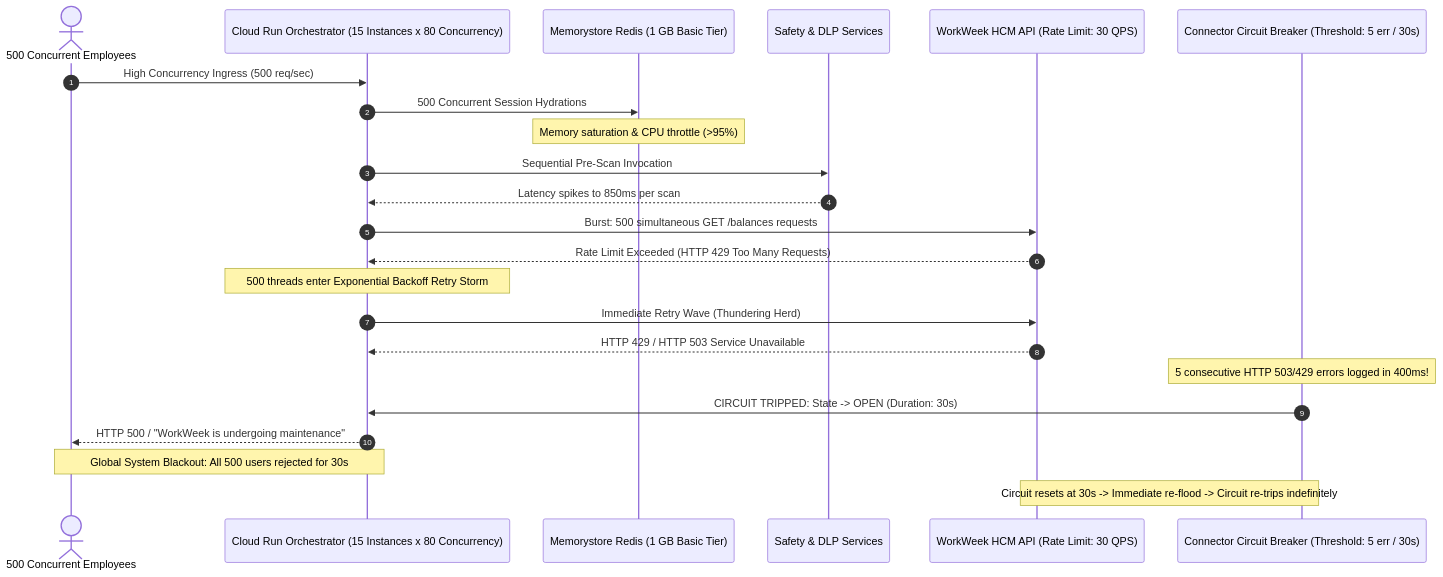
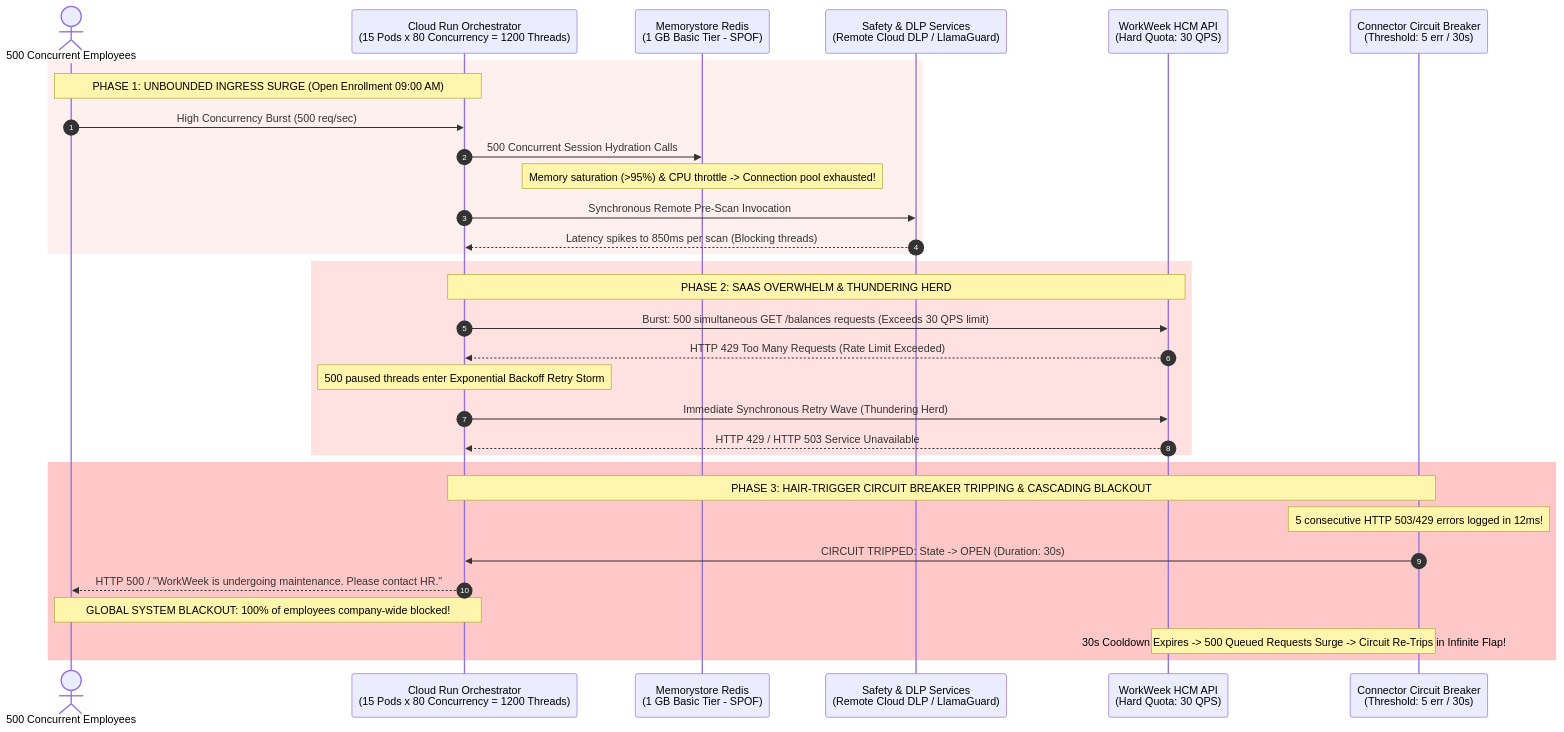
One commit to viveksubraman-dotcom/hrvivek changed the first of 4 diagrams in SDD_C3_2_adversarial_critique_report.md. Above: the diagram before and after it, drawn with Mermaid. The commit also changed other lines of this file and 2 other files, not shown here.

````diff
--- a/SDD_C3_2_adversarial_critique_report.md
+++ b/SDD_C3_2_adversarial_critique_report.md
@@ -215,26 +255,37 @@
 ```mermaid
 sequenceDiagram
     autonumber
     actor Users as 500 Concurrent Employees
-    participant CR as Cloud Run Orchestrator (15 Instances x 80 Concurrency)
-    participant Redis as Memorystore Redis (1 GB Basic Tier)
-    participant Guard as Safety & DLP Services
-    participant WW as WorkWeek HCM API (Rate Limit: 30 QPS)
-    participant CB as Connector Circuit Breaker (Threshold: 5 err / 30s)
+    participant CR as Cloud Run Orchestrator<br/>(15 Pods x 80 Concurrency = 1200 Threads)
+    participant Redis as Memorystore Redis<br/>(1 GB Basic Tier - SPOF)
+    participant Guard as Safety & DLP Services<br/>(Remote Cloud DLP / LlamaGuard)
+    participant WW as WorkWeek HCM API<br/>(Hard Quota: 30 QPS)
+    participant CB as Connector Circuit Breaker<br/>(Threshold: 5 err / 30s)
 
-    Users->>CR: High Concurrency Ingress (500 req/sec)
-    CR->>Redis: 500 Concurrent Session Hydrations
-    Note over Redis: Memory saturation & CPU throttle (>95%)
-    CR->>Guard: Sequential Pre-Scan Invocation
-    Guard-->>CR: Latency spikes to 850ms per scan
-    CR->>WW: Burst: 500 simultaneous GET /balances requests
-    WW-->>CR: Rate Limit Exceeded (HTTP 429 Too Many Requests)
-    Note over CR: 500 threads enter Exponential Backoff Retry Storm
-    CR->>WW: Immediate Retry Wave (Thundering Herd)
+    rect rgb(255, 240, 240)
+    Note over Users,CR: PHASE 1: UNBOUNDED INGRESS SURGE (Open Enrollment 09:00 AM)
+    Users->>CR: High Concurrency Burst (500 req/sec)
+    CR->>Redis: 500 Concurrent Session Hydration Calls
+    Note over Redis: Memory saturation (>95%) & CPU throttle -> Connection pool exhausted!
+    CR->>Guard: Synchronous Remote Pre-Scan Invocation
+    Guard-->>CR: Latency spikes to 850ms per scan (Blocking threads)
+    end
+
+    rect rgb(255, 225, 225)
+    Note over CR,WW: PHASE 2: SAAS OVERWHELM & THUNDERING HERD
+    CR->>WW: Burst: 500 simultaneous GET /balances requests (Exceeds 30 QPS limit)
+    WW-->>CR: HTTP 429 Too Many Requests (Rate Limit Exceeded)
+    Note over CR: 500 paused threads enter Exponential Backoff Retry Storm
+    CR->>WW: Immediate Synchronous Retry Wave (Thundering Herd)
     WW-->>CR: HTTP 429 / HTTP 503 Service Unavailable
-    Note over CB: 5 consecutive HTTP 503/429 errors logged in 400ms!
+    end
+
+    rect rgb(255, 200, 200)
+    Note over CR,CB: PHASE 3: HAIR-TRIGGER CIRCUIT BREAKER TRIPPING & CASCADING BLACKOUT
+    Note over CB: 5 consecutive HTTP 503/429 errors logged in 12ms!
     CB->>CR: CIRCUIT TRIPPED: State -> OPEN (Duration: 30s)
-    CR-->>Users: HTTP 500 / "WorkWeek is undergoing maintenance"
-    Note over Users,CR: Global System Blackout: All 500 users rejected for 30s
-    Note over CB,WW: Circuit resets at 30s -> Immediate re-flood -> Circuit re-trips indefinitely
+    CR-->>Users: HTTP 500 / "WorkWeek is undergoing maintenance. Please contact HR."
+    Note over Users,CR: GLOBAL SYSTEM BLACKOUT: 100% of employees company-wide blocked!
+    Note over CB,WW: 30s Cooldown Expires -> 500 Queued Requests Surge -> Circuit Re-Trips in Infinite Flap!
+    end
 ```
````
